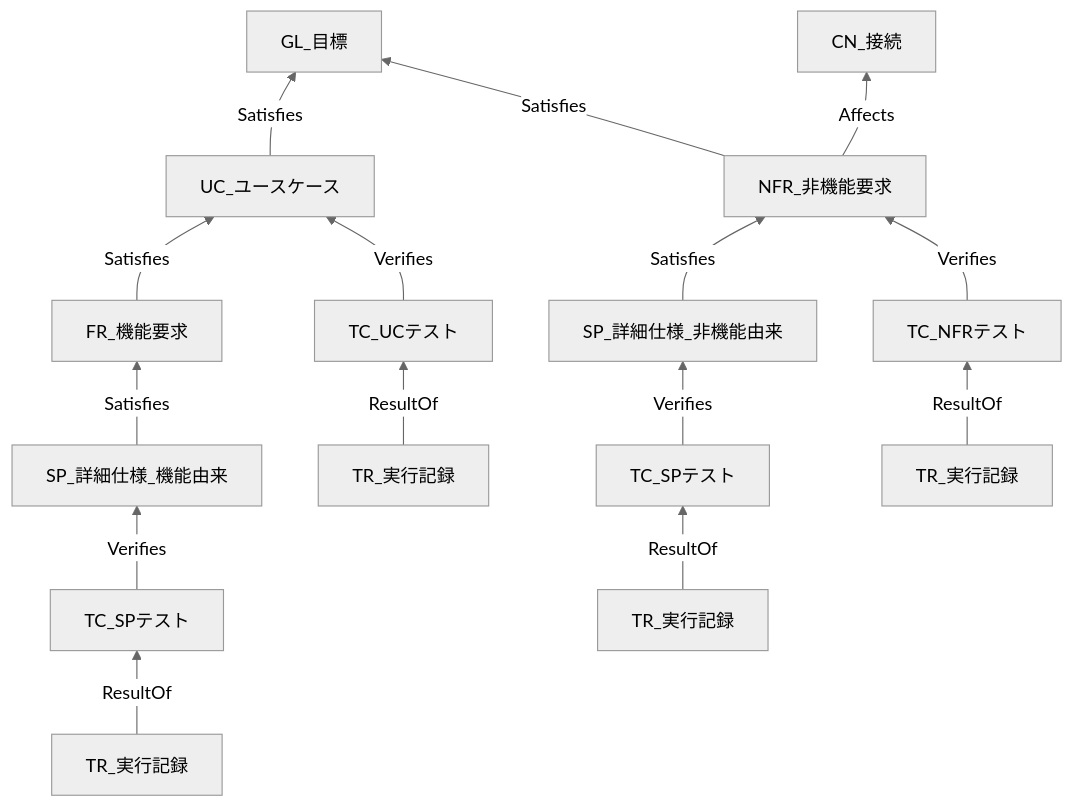
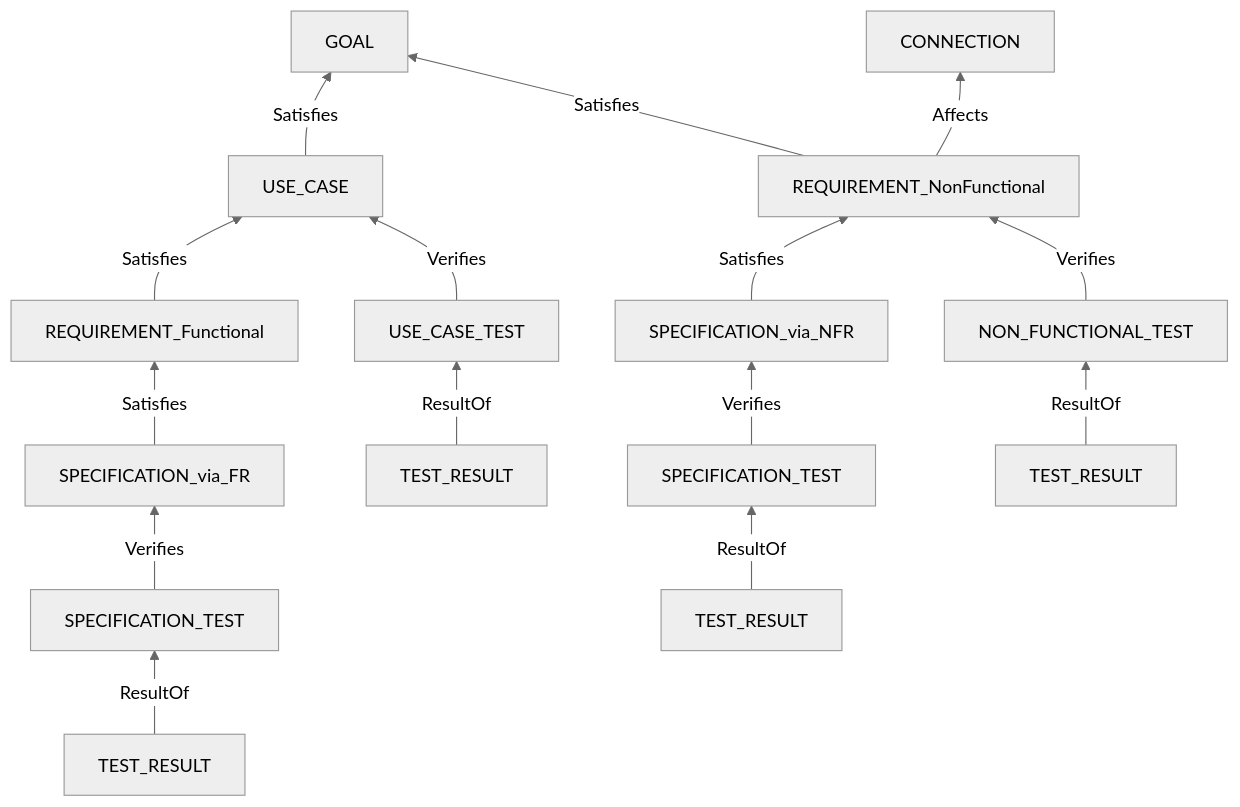
One commit to GoodRelax/gr-sw-maker changed the diagram in maintenance/2026-08-08/08-edit-policy.md. Above: the diagram before and after it, drawn with Mermaid (neutral theme). The commit also changed other lines of this file and 1 other file, not shown here.

````diff
--- a/maintenance/2026-08-08/08-edit-policy.md
+++ b/maintenance/2026-08-08/08-edit-policy.md
@@ -71,17 +268,17 @@
 ```mermaid
 flowchart BT
-    UC["UC_ユースケース"] -->|Satisfies| GL["GL_目標"]
-    FR["FR_機能要求"] -->|Satisfies| UC
-    NFR["NFR_非機能要求"] -->|Satisfies| GL
-    SPF["SP_詳細仕様_機能由来"] -->|Satisfies| FR
-    SPN["SP_詳細仕様_非機能由来"] -->|Satisfies| NFR
-    NFR -->|Affects| CN["CN_接続"]
-    TCU["TC_UCテスト"] -->|Verifies| UC
-    TCF["TC_SPテスト"] -->|Verifies| SPF
-    TCN["TC_SPテスト"] -->|Verifies| SPN
-    TCR["TC_NFRテスト"] -->|Verifies| NFR
-    TRU["TR_実行記録"] -->|ResultOf| TCU
-    TRF["TR_実行記録"] -->|ResultOf| TCF
-    TRN["TR_実行記録"] -->|ResultOf| TCN
-    TRR["TR_実行記録"] -->|ResultOf| TCR
+    UC["USE_CASE"] -->|Satisfies| GL["GOAL"]
+    FR["REQUIREMENT_Functional"] -->|Satisfies| UC
+    NFR["REQUIREMENT_NonFunctional"] -->|Satisfies| GL
+    SPF["SPECIFICATION_via_FR"] -->|Satisfies| FR
+    SPN["SPECIFICATION_via_NFR"] -->|Satisfies| NFR
+    NFR -->|Affects| CN["CONNECTION"]
+    TCU["USE_CASE_TEST"] -->|Verifies| UC
+    TCF["SPECIFICATION_TEST"] -->|Verifies| SPF
+    TCN["SPECIFICATION_TEST"] -->|Verifies| SPN
+    TCR["NON_FUNCTIONAL_TEST"] -->|Verifies| NFR
+    TRU["TEST_RESULT"] -->|ResultOf| TCU
+    TRF["TEST_RESULT"] -->|ResultOf| TCF
+    TRN["TEST_RESULT"] -->|ResultOf| TCN
+    TRR["TEST_RESULT"] -->|ResultOf| TCR
 ```
````
